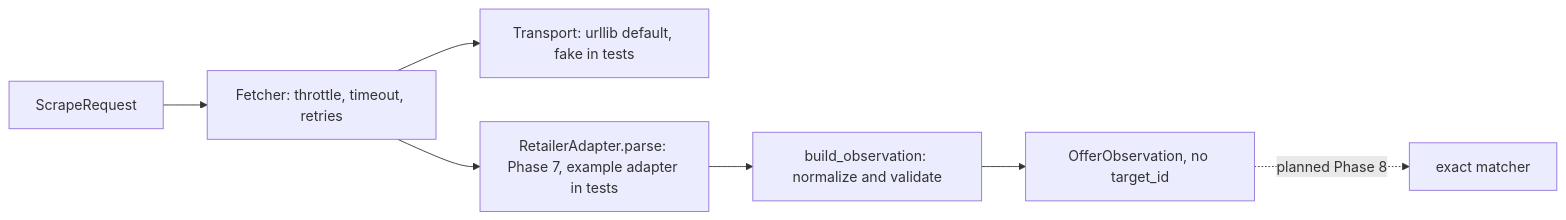
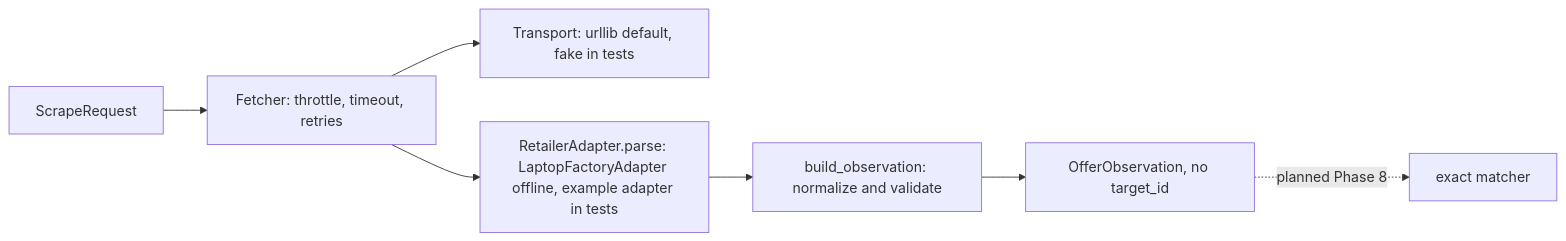
Before and after one commit to jarlericaa/laptop-price-tracker: the second of 2 diagrams in docs/ARCHITECTURE.md, drawn with Mermaid. The commit also changed other lines of this file and 17 other files, not shown here.

Commit message:
feat(retailers): add Laptop Factory adapter and live-use policy

````diff
--- a/docs/ARCHITECTURE.md
+++ b/docs/ARCHITECTURE.md
@@ -151,9 +155,9 @@
 ```mermaid
 flowchart LR
     RQ[ScrapeRequest] --> FE[Fetcher: throttle, timeout, retries]
     FE --> TR[Transport: urllib default, fake in tests]
-    FE --> AD[RetailerAdapter.parse: Phase 7, example adapter in tests]
+    FE --> AD[RetailerAdapter.parse: LaptopFactoryAdapter offline, example adapter in tests]
     AD --> BO[build_observation: normalize and validate]
     BO --> OB[OfferObservation, no target_id]
     OB -. planned Phase 8 .-> MX[exact matcher]
 ```
````
